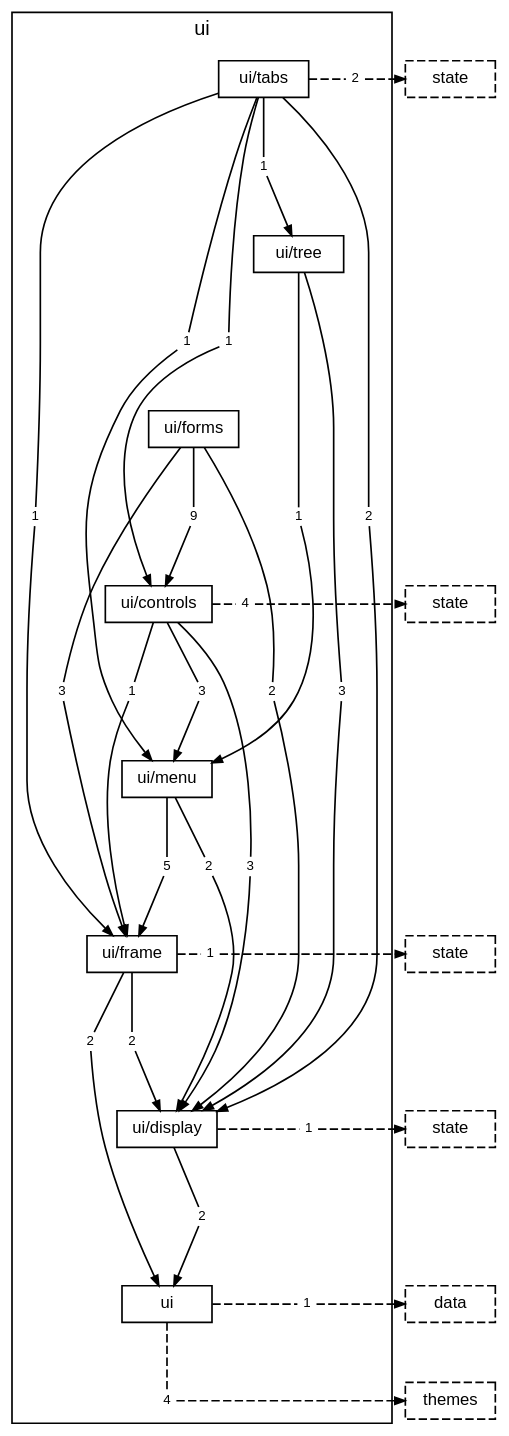
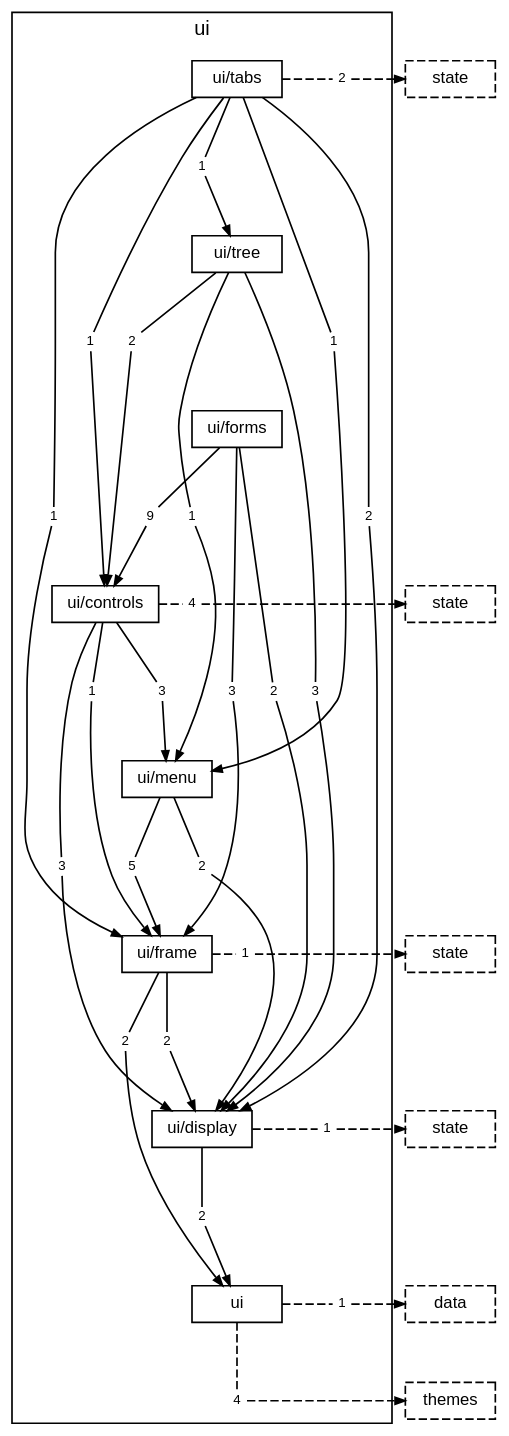
The diagram in docs/diagrams/layer-ui.dot (TheAxeC/oculus), drawn with Graphviz before and after one commit. The commit also changed 100 other files, not shown here.

```diff
--- a/docs/diagrams/layer-ui.dot
+++ b/docs/diagrams/layer-ui.dot
@@ -1,107 +1,110 @@
 digraph layer_ui {
     graph [bgcolor="transparent", rankdir=TB, newrank=true, fontname="Helvetica,Arial,sans-serif", fontsize=12, nodesep=0.2, ranksep=0.5];
     node [shape=box, color="black", fontcolor="black", fontname="Helvetica,Arial,sans-serif", fontsize=10, height=0.3, margin="0.12,0.04"];
     edge [color="black", fontcolor="black", fontname="Helvetica,Arial,sans-serif", fontsize=8, arrowsize=0.6];
     subgraph "cluster_ui" {
         label="ui"; style=solid;
         "folder ui/tabs" [label="ui/tabs"];
         "folder ui/tree" [label="ui/tree"];
         "folder ui/forms" [label="ui/forms"];
         "folder ui/controls" [label="ui/controls"];
         "folder ui/menu" [label="ui/menu"];
         "folder ui/frame" [label="ui/frame"];
         "folder ui/display" [label="ui/display"];
         "folder ui" [label="ui"];
         "folder ui/tabs to folder ui/controls" [label="1", shape=box, color="transparent", fontsize=8, width=0, height=0, margin="0.04,0.02"];
         "folder ui/tabs to folder ui/display" [label="2", shape=box, color="transparent", fontsize=8, width=0, height=0, margin="0.04,0.02"];
         "folder ui/tabs to folder ui/frame" [label="1", shape=box, color="transparent", fontsize=8, width=0, height=0, margin="0.04,0.02"];
         "folder ui/tabs to folder ui/menu" [label="1", shape=box, color="transparent", fontsize=8, width=0, height=0, margin="0.04,0.02"];
         "folder ui/tabs to folder ui/tree" [label="1", shape=box, color="transparent", fontsize=8, width=0, height=0, margin="0.04,0.02"];
         "folder ui/tabs to layer state" [label="2", shape=box, color="transparent", fontsize=8, width=0, height=0, margin="0.04,0.02"];
+        "folder ui/tree to folder ui/controls" [label="2", shape=box, color="transparent", fontsize=8, width=0, height=0, margin="0.04,0.02"];
         "folder ui/tree to folder ui/display" [label="3", shape=box, color="transparent", fontsize=8, width=0, height=0, margin="0.04,0.02"];
         "folder ui/tree to folder ui/menu" [label="1", shape=box, color="transparent", fontsize=8, width=0, height=0, margin="0.04,0.02"];
         "folder ui/forms to folder ui/controls" [label="9", shape=box, color="transparent", fontsize=8, width=0, height=0, margin="0.04,0.02"];
         "folder ui/forms to folder ui/display" [label="2", shape=box, color="transparent", fontsize=8, width=0, height=0, margin="0.04,0.02"];
         "folder ui/forms to folder ui/frame" [label="3", shape=box, color="transparent", fontsize=8, width=0, height=0, margin="0.04,0.02"];
         "folder ui/controls to folder ui/display" [label="3", shape=box, color="transparent", fontsize=8, width=0, height=0, margin="0.04,0.02"];
         "folder ui/controls to folder ui/frame" [label="1", shape=box, color="transparent", fontsize=8, width=0, height=0, margin="0.04,0.02"];
         "folder ui/controls to folder ui/menu" [label="3", shape=box, color="transparent", fontsize=8, width=0, height=0, margin="0.04,0.02"];
         "folder ui/controls to layer state" [label="4", shape=box, color="transparent", fontsize=8, width=0, height=0, margin="0.04,0.02"];
         "folder ui/menu to folder ui/display" [label="2", shape=box, color="transparent", fontsize=8, width=0, height=0, margin="0.04,0.02"];
         "folder ui/menu to folder ui/frame" [label="5", shape=box, color="transparent", fontsize=8, width=0, height=0, margin="0.04,0.02"];
         "folder ui/frame to folder ui" [label="2", shape=box, color="transparent", fontsize=8, width=0, height=0, margin="0.04,0.02"];
         "folder ui/frame to folder ui/display" [label="2", shape=box, color="transparent", fontsize=8, width=0, height=0, margin="0.04,0.02"];
         "folder ui/frame to layer state" [label="1", shape=box, color="transparent", fontsize=8, width=0, height=0, margin="0.04,0.02"];
         "folder ui/display to folder ui" [label="2", shape=box, color="transparent", fontsize=8, width=0, height=0, margin="0.04,0.02"];
         "folder ui/display to layer state" [label="1", shape=box, color="transparent", fontsize=8, width=0, height=0, margin="0.04,0.02"];
         "folder ui to layer data" [label="1", shape=box, color="transparent", fontsize=8, width=0, height=0, margin="0.04,0.02"];
         "folder ui to layer themes" [label="4", shape=box, color="transparent", fontsize=8, width=0, height=0, margin="0.04,0.02"];
     }
     "layer state from folder ui/tabs" [label="state", style=dashed];
     "layer state from folder ui/controls" [label="state", style=dashed];
     "layer state from folder ui/frame" [label="state", style=dashed];
     "layer state from folder ui/display" [label="state", style=dashed];
     "layer data from folder ui" [label="data", style=dashed];
     "layer themes from folder ui" [label="themes", style=dashed];
     "folder ui/tabs" -> "folder ui/tree" [style=invis, weight=10, minlen=2];
     "folder ui/tree" -> "folder ui/forms" [style=invis, weight=10, minlen=2];
     "folder ui/forms" -> "folder ui/controls" [style=invis, weight=10, minlen=2];
     "folder ui/controls" -> "folder ui/menu" [style=invis, weight=10, minlen=2];
     "folder ui/menu" -> "folder ui/frame" [style=invis, weight=10, minlen=2];
     "folder ui/frame" -> "folder ui/display" [style=invis, weight=10, minlen=2];
     "folder ui/display" -> "folder ui" [style=invis, weight=10, minlen=2];
     "folder ui/tabs" -> "folder ui/tabs to folder ui/controls" [arrowhead=none, minlen=3, weight=10];
     "folder ui/tabs to folder ui/controls" -> "folder ui/controls" [];
     "folder ui/tabs" -> "folder ui/tabs to folder ui/display" [arrowhead=none, minlen=5, weight=10];
     "folder ui/tabs to folder ui/display" -> "folder ui/display" [];
     "folder ui/tabs" -> "folder ui/tabs to folder ui/frame" [arrowhead=none, minlen=5, weight=10];
     "folder ui/tabs to folder ui/frame" -> "folder ui/frame" [];
     "folder ui/tabs" -> "folder ui/tabs to folder ui/menu" [arrowhead=none, minlen=3, weight=10];
     "folder ui/tabs to folder ui/menu" -> "folder ui/menu" [];
     "folder ui/tabs" -> "folder ui/tabs to folder ui/tree" [arrowhead=none, minlen=1, weight=10];
     "folder ui/tabs to folder ui/tree" -> "folder ui/tree" [];
     "folder ui/tabs" -> "folder ui/tabs to layer state" [arrowhead=none, style=dashed];
     "folder ui/tabs to layer state" -> "layer state from folder ui/tabs" [style=dashed];
     { rank=same; "folder ui/tabs"; "folder ui/tabs to layer state"; "layer state from folder ui/tabs"; }
+    "folder ui/tree" -> "folder ui/tree to folder ui/controls" [arrowhead=none, minlen=1, weight=10];
+    "folder ui/tree to folder ui/controls" -> "folder ui/controls" [];
     "folder ui/tree" -> "folder ui/tree to folder ui/display" [arrowhead=none, minlen=5, weight=10];
     "folder ui/tree to folder ui/display" -> "folder ui/display" [];
     "folder ui/tree" -> "folder ui/tree to folder ui/menu" [arrowhead=none, minlen=3, weight=10];
     "folder ui/tree to folder ui/menu" -> "folder ui/menu" [];
     "folder ui/forms" -> "folder ui/forms to folder ui/controls" [arrowhead=none, minlen=1, weight=10];
     "folder ui/forms to folder ui/controls" -> "folder ui/controls" [];
     "folder ui/forms" -> "folder ui/forms to folder ui/display" [arrowhead=none, minlen=3, weight=10];
     "folder ui/forms to folder ui/display" -> "folder ui/display" [];
     "folder ui/forms" -> "folder ui/forms to folder ui/frame" [arrowhead=none, minlen=3, weight=10];
     "folder ui/forms to folder ui/frame" -> "folder ui/frame" [];
     "folder ui/controls" -> "folder ui/controls to folder ui/display" [arrowhead=none, minlen=3, weight=10];
     "folder ui/controls to folder ui/display" -> "folder ui/display" [];
     "folder ui/controls" -> "folder ui/controls to folder ui/frame" [arrowhead=none, minlen=1, weight=10];
     "folder ui/controls to folder ui/frame" -> "folder ui/frame" [];
     "folder ui/controls" -> "folder ui/controls to folder ui/menu" [arrowhead=none, minlen=1, weight=10];
     "folder ui/controls to folder ui/menu" -> "folder ui/menu" [];
     "folder ui/controls" -> "folder ui/controls to layer state" [arrowhead=none, style=dashed];
     "folder ui/controls to layer state" -> "layer state from folder ui/controls" [style=dashed];
     { rank=same; "folder ui/controls"; "folder ui/controls to layer state"; "layer state from folder ui/controls"; }
     "folder ui/menu" -> "folder ui/menu to folder ui/display" [arrowhead=none, minlen=1, weight=10];
     "folder ui/menu to folder ui/display" -> "folder ui/display" [];
     "folder ui/menu" -> "folder ui/menu to folder ui/frame" [arrowhead=none, minlen=1, weight=10];
     "folder ui/menu to folder ui/frame" -> "folder ui/frame" [];
     "folder ui/frame" -> "folder ui/frame to folder ui" [arrowhead=none, minlen=1, weight=10];
     "folder ui/frame to folder ui" -> "folder ui" [];
     "folder ui/frame" -> "folder ui/frame to folder ui/display" [arrowhead=none, minlen=1, weight=10];
     "folder ui/frame to folder ui/display" -> "folder ui/display" [];
     "folder ui/frame" -> "folder ui/frame to layer state" [arrowhead=none, style=dashed];
     "folder ui/frame to layer state" -> "layer state from folder ui/frame" [style=dashed];
     { rank=same; "folder ui/frame"; "folder ui/frame to layer state"; "layer state from folder ui/frame"; }
     "folder ui/display" -> "folder ui/display to folder ui" [arrowhead=none, minlen=1, weight=10];
     "folder ui/display to folder ui" -> "folder ui" [];
     "folder ui/display" -> "folder ui/display to layer state" [arrowhead=none, style=dashed];
     "folder ui/display to layer state" -> "layer state from folder ui/display" [style=dashed];
     { rank=same; "folder ui/display"; "folder ui/display to layer state"; "layer state from folder ui/display"; }
     "folder ui" -> "folder ui to layer data" [arrowhead=none, style=dashed];
     "folder ui to layer data" -> "layer data from folder ui" [style=dashed];
     { rank=same; "folder ui"; "folder ui to layer data"; "layer data from folder ui"; }
     "folder ui" -> "folder ui to layer themes" [arrowhead=none, style=dashed, minlen=1, weight=10];
     "folder ui to layer themes" -> "layer themes from folder ui" [style=dashed];
     { rank=same; "folder ui to layer themes"; "layer themes from folder ui"; }
 }
```
